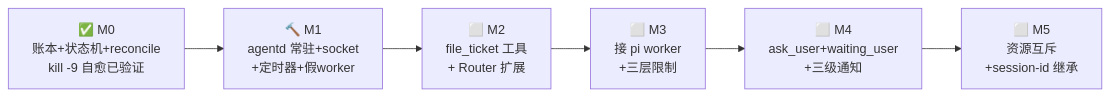
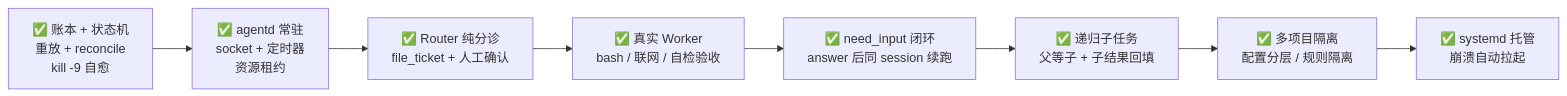
The sixth of 6 diagrams in ARCHITECTURE.md (OsborneWang/super_personal_agent), drawn with Mermaid before and after one commit. The commit also changed other lines of this file and 1 other file, not shown here.

Commit message:
docs: fix label overlaps in architecture.html; sync ARCHITECTURE.md status section

````diff
--- a/ARCHITECTURE.md
+++ b/ARCHITECTURE.md
@@ -213,11 +213,13 @@
 ```mermaid
 flowchart LR
-    M0["✅ M0<br/>账本+状态机+reconcile<br/>kill -9 自愈已验证"]
-    M1["🔨 M1<br/>agentd 常驻+socket<br/>+定时器+假worker"]
-    M2["⬜ M2<br/>file_ticket 工具<br/>+ Router 扩展"]
-    M3["⬜ M3<br/>接 pi worker<br/>+三层限制"]
-    M4["⬜ M4<br/>ask_user+waiting_user<br/>+三级通知"]
-    M5["⬜ M5<br/>资源互斥<br/>+session-id 继承"]
+    A["✅ 账本 + 状态机<br/>重放 + reconcile<br/>kill -9 自愈"]
+    B["✅ agentd 常驻<br/>socket + 定时器<br/>资源租约"]
+    C["✅ Router 纯分诊<br/>file_ticket + 人工确认"]
+    D["✅ 真实 Worker<br/>bash / 联网 / 自检验收"]
+    E["✅ need_input 闭环<br/>answer 后同 session 续跑"]
+    F["✅ 递归子任务<br/>父等子 + 子结果回填"]
+    G["✅ 多项目隔离<br/>配置分层 / 规则隔离"]
+    H["✅ systemd 托管<br/>崩溃自动拉起"]
 
-    M0 --> M1 --> M2 --> M3 --> M4 --> M5
+    A --> B --> C --> D --> E --> F --> G --> H
 ```
````
